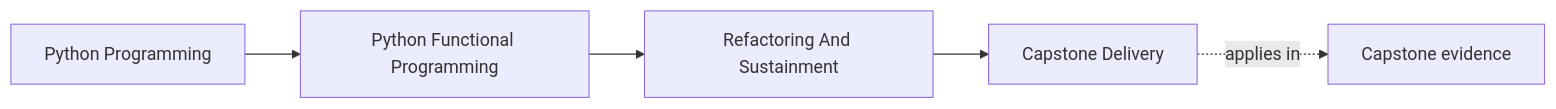
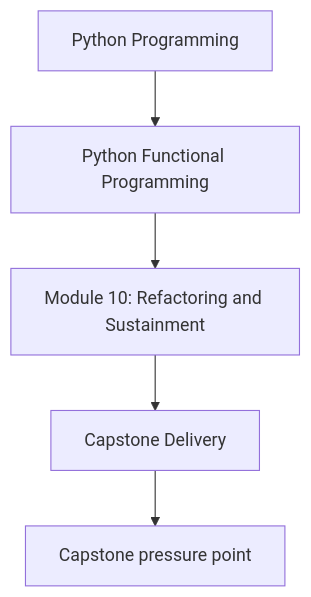
One commit to bijux/bijux-masterclass changed the first of 2 diagrams in programs/python-programming/python-functional-programming/course-book/module-10-refactoring-and-sustainment/capstone-delivery.md. Above: the diagram before and after it, drawn with Mermaid. The commit also changed other lines of this file and 118 other files, not shown here.

Commit message:
docs(python-functional-programming): align concept page diagrams

````diff
--- a/programs/python-programming/python-functional-programming/course-book/module-10-refactoring-and-sustainment/capstone-delivery.md
+++ b/programs/python-programming/python-functional-programming/course-book/module-10-refactoring-and-sustainment/capstone-delivery.md
@@ -7,11 +7,7 @@
 ```mermaid
-graph LR
-  family["Python Programming"]
-  program["Python Functional Programming"]
-  section["Refactoring And Sustainment"]
-  page["Capstone Delivery"]
-  capstone["Capstone evidence"]
-
-  family --> program --> section --> page
-  page -.applies in.-> capstone
+flowchart TD
+  family["Python Programming"] --> program["Python Functional Programming"]
+  program --> module["Module 10: Refactoring and Sustainment"]
+  module --> concept["Capstone Delivery"]
+  concept --> capstone["Capstone pressure point"]
 ```
````
